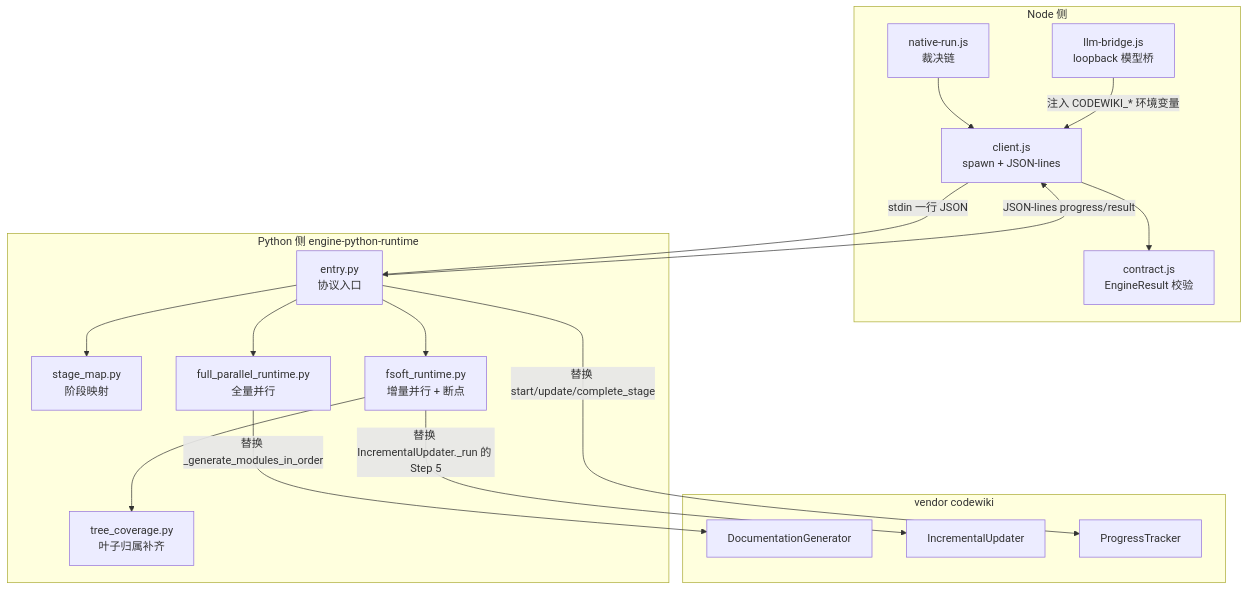
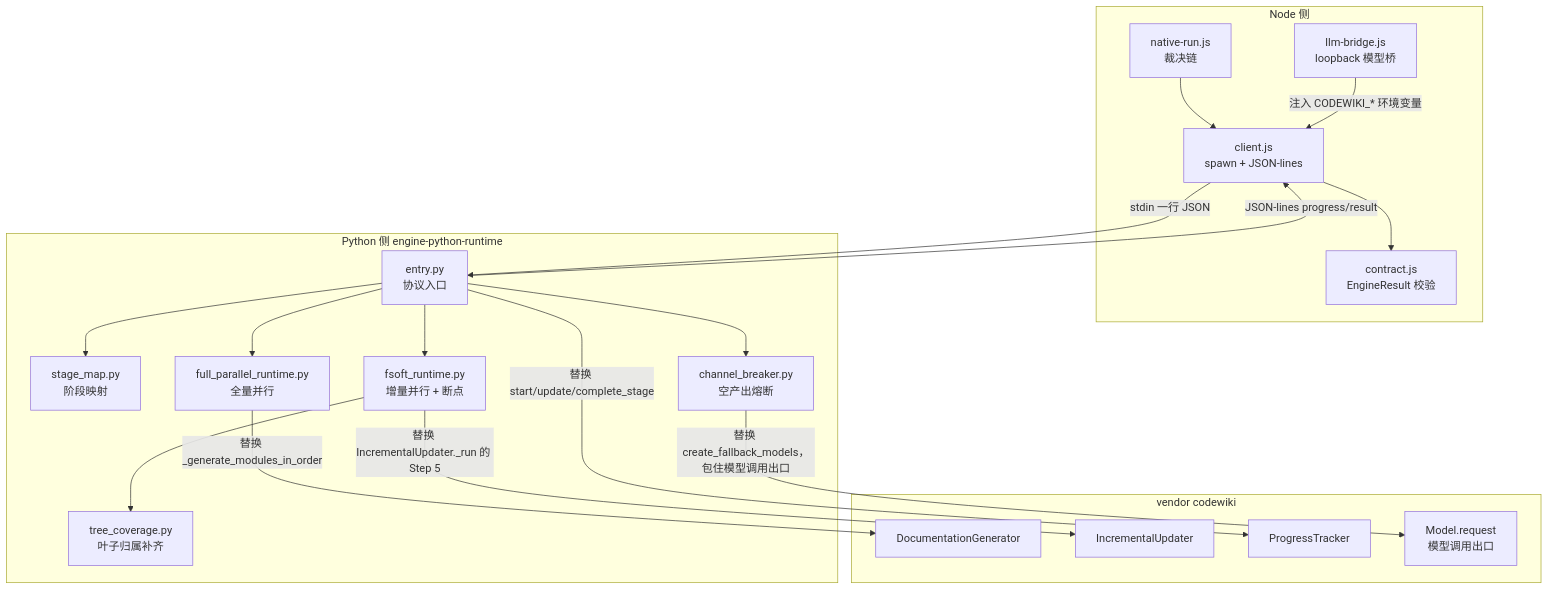
The first of 12 diagrams in .codewiki/_native-state/docs/Execution_Runtime___Vendored_Engine/engine-python-runtime.md (ikliml666/dsh-codewiki), drawn with Mermaid before and after one commit. The commit also changed other lines of this file and 40 other files, not shown here.

````diff
--- a/.codewiki/_native-state/docs/Execution_Runtime___Vendored_Engine/engine-python-runtime.md
+++ b/.codewiki/_native-state/docs/Execution_Runtime___Vendored_Engine/engine-python-runtime.md
@@ -64,37 +66,41 @@
 ```mermaid
 flowchart TD
     subgraph Node["Node 侧"]
         NR["native-run.js<br/>裁决链"]
         CL["client.js<br/>spawn + JSON-lines"]
         BR["llm-bridge.js<br/>loopback 模型桥"]
         CT["contract.js<br/>EngineResult 校验"]
     end
 
     subgraph Py["Python 侧 engine-python-runtime"]
         EN["entry.py<br/>协议入口"]
         SM["stage_map.py<br/>阶段映射"]
         FP["full_parallel_runtime.py<br/>全量并行"]
         FR["fsoft_runtime.py<br/>增量并行 + 断点"]
         TC["tree_coverage.py<br/>叶子归属补齐"]
+        CB["channel_breaker.py<br/>空产出熔断"]
     end
 
     subgraph Up["vendor codewiki"]
         DG["DocumentationGenerator"]
         IU["IncrementalUpdater"]
         PT["ProgressTracker"]
+        MD["Model.request<br/>模型调用出口"]
     end
 
     NR --> CL
     BR -- "注入 CODEWIKI_* 环境变量" --> CL
     CL -- "stdin 一行 JSON" --> EN
     EN -- "JSON-lines progress/result" --> CL
     CL --> CT
 
     EN --> SM
     EN --> FP
     EN --> FR
+    EN --> CB
     FR --> TC
     FP -- "替换 _generate_modules_in_order" --> DG
     FR -- "替换 IncrementalUpdater._run 的 Step 5" --> IU
     EN -- "替换 start/update/complete_stage" --> PT
+    CB -- "替换 create_fallback_models，包住模型调用出口" --> MD
 ```
````
